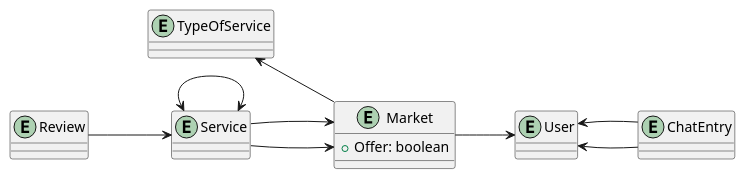
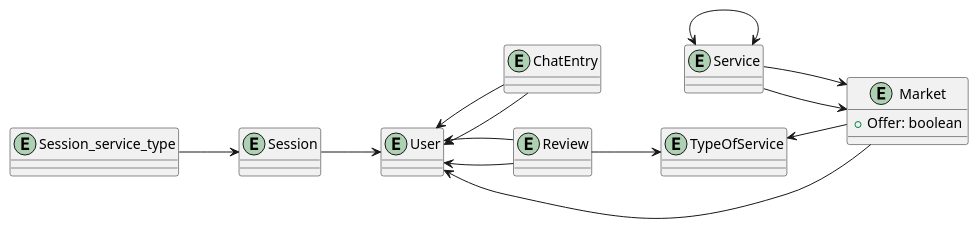
The second of 3 diagrams in documenation/Project_Description.adoc (2425-4chif-syp/01-projekte-d4d), drawn with PlantUML before and after one commit. The commit also changed other lines of this file and 1 other file, not shown here.

Commit message:
docs: adding new erd

```diff
--- a/documenation/Project_Description.adoc
+++ b/documenation/Project_Description.adoc
@@ -73,39 +73,50 @@
 ["plantuml"]
 ----
 @startuml
 left to right direction
 
 entity "User" as User {
 
 }
 
 entity "TypeOfService" as TypeOfService {
 
 }
 
 entity "Service" as Service {
 
 }
 
 entity "Market" as Market {
 +Offer: boolean
 }
 
 entity "ChatEntry" as ChatEntry {
 
 }
 
 entity "Review" as Review {
 
 }
+entity "Session_service_type" as Session_service_type {
+
+}
+
+entity "Session" as Session {
+
+}
 
 User <-- ChatEntry
-Review --> Service
+User <-- Review
+User <-- Review
+Review --> TypeOfService
 ChatEntry --> User
 TypeOfService <-- Market
 Service --> Market
 Service --> Market
 Service <--> Service
 Market --> User
+Session_service_type --> Session
+Session --> User
 @enduml
 ----
```
